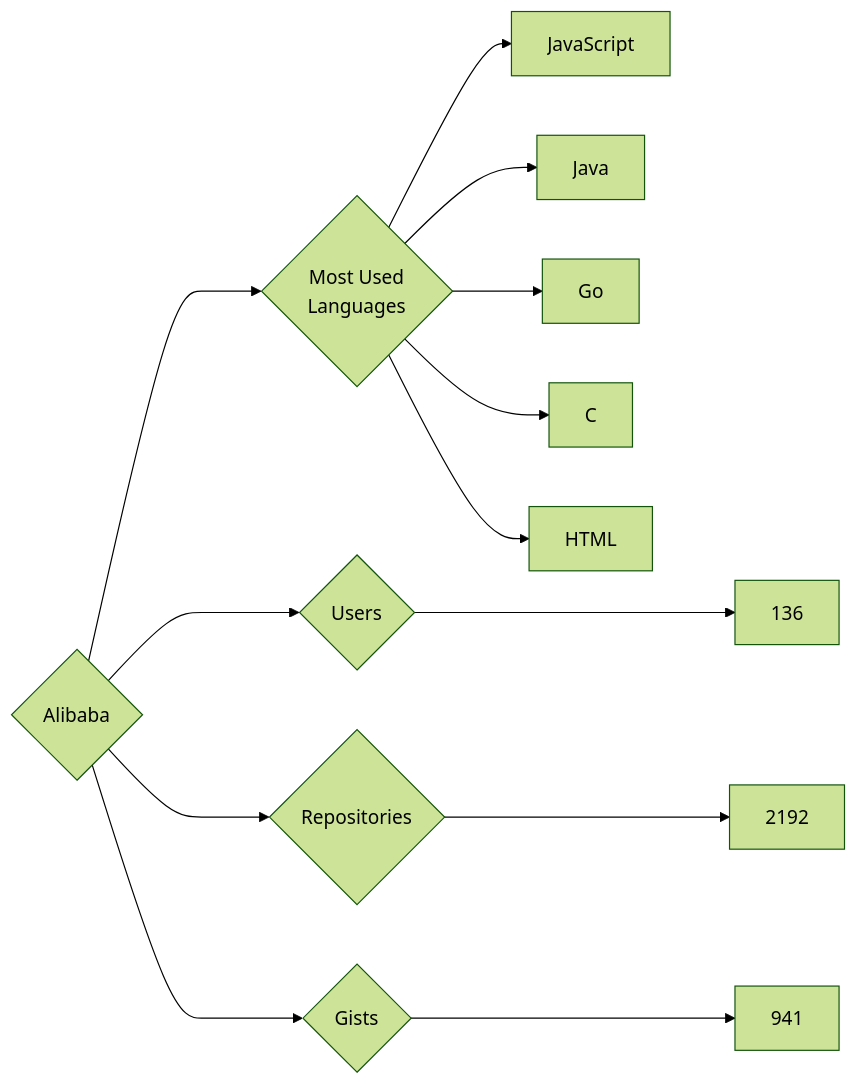
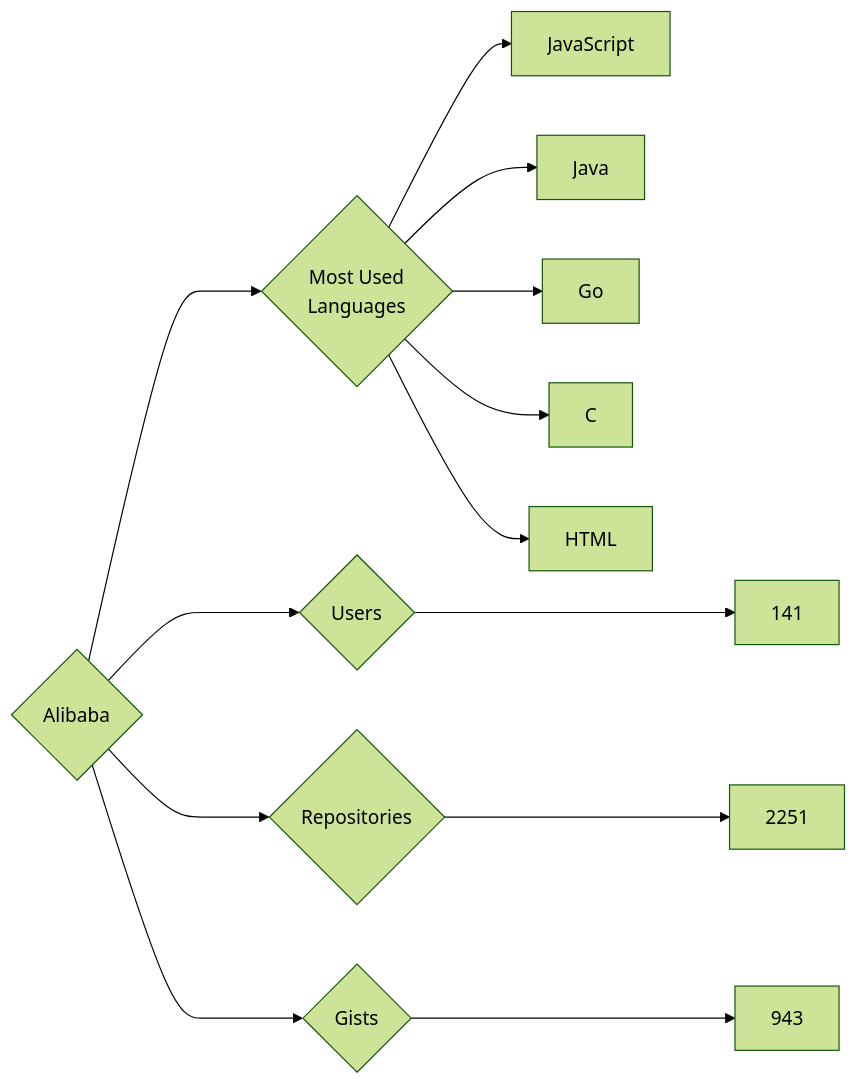
One commit to trickest/insiders changed the diagram in targets/Alibaba/README.md. Above: the diagram before and after it, drawn with Mermaid (forest theme). The commit also changed 640 other files, not shown here.

````diff
--- a/targets/Alibaba/README.md
+++ b/targets/Alibaba/README.md
@@ -3,13 +3,13 @@
 ```mermaid
 graph LR
 COMPANY_NAME{Alibaba}
-COMPANY_NAME ---> U{Users} ---> UN[136]
-COMPANY_NAME ---> R{Repositories} ---> RN[2192]
-COMPANY_NAME ---> G{Gists} ---> GN[941]
+COMPANY_NAME ---> U{Users} ---> UN[141]
+COMPANY_NAME ---> R{Repositories} ---> RN[2251]
+COMPANY_NAME ---> G{Gists} ---> GN[943]
 COMPANY_NAME ---> ML{Most Used<br>Languages}
 ML --> JavaScript[JavaScript]
 ML --> Java[Java]
 ML --> Go[Go]
 ML --> C[C]
 ML --> HTML[HTML]
 ```
````
